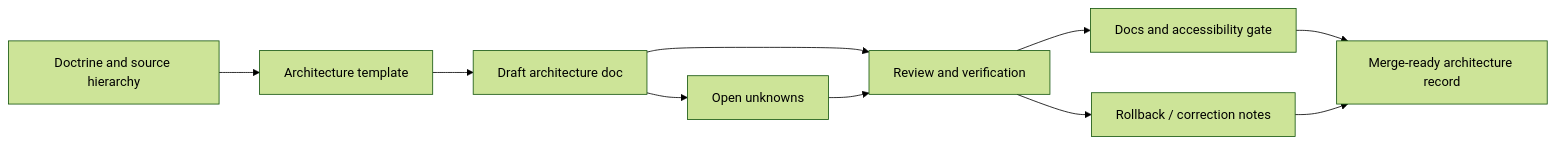
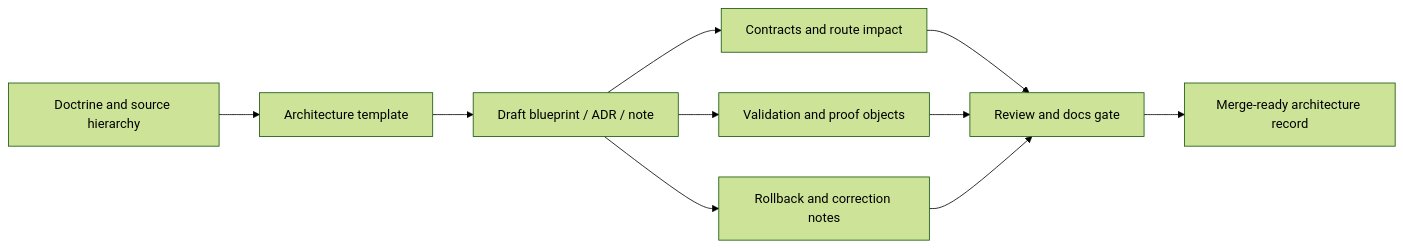
The diagram in docs/architecture/templates/README.md (bartytime4life/Kansas-Frontier-Matrix), drawn with Mermaid (forest theme) before and after one commit. The commit also changed other lines of this file, not shown here.

First line of the commit message:
Revise architecture templates README for clarity

````diff
--- a/docs/architecture/templates/README.md
+++ b/docs/architecture/templates/README.md
@@ -189,14 +215,12 @@
 ```mermaid
 flowchart LR
     A[Doctrine and source hierarchy] --> B[Architecture template]
-    B --> C[Draft architecture doc]
-    C --> D[Review and verification]
-    D --> E[Docs and accessibility gate]
-    E --> F[Merge-ready architecture record]
-
-    C --> G[Open unknowns]
-    G --> D
-
-    D --> H[Rollback / correction notes]
-    H --> F
+    B --> C[Draft blueprint / ADR / note]
+    C --> D[Contracts and route impact]
+    C --> E[Validation and proof objects]
+    C --> F[Rollback and correction notes]
+    D --> G[Review and docs gate]
+    E --> G
+    F --> G
+    G --> H[Merge-ready architecture record]
 ```
````
